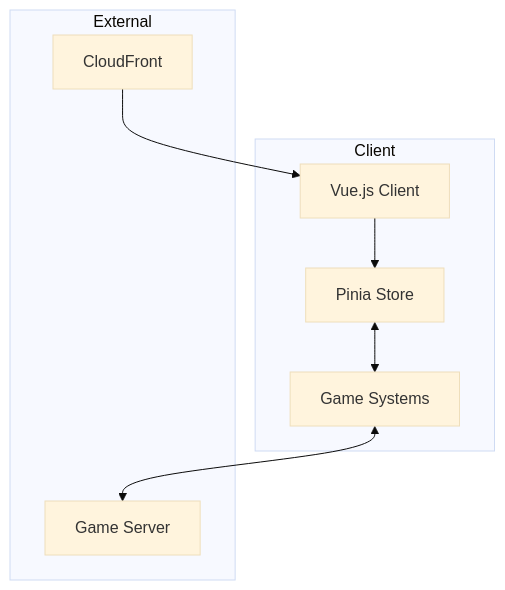
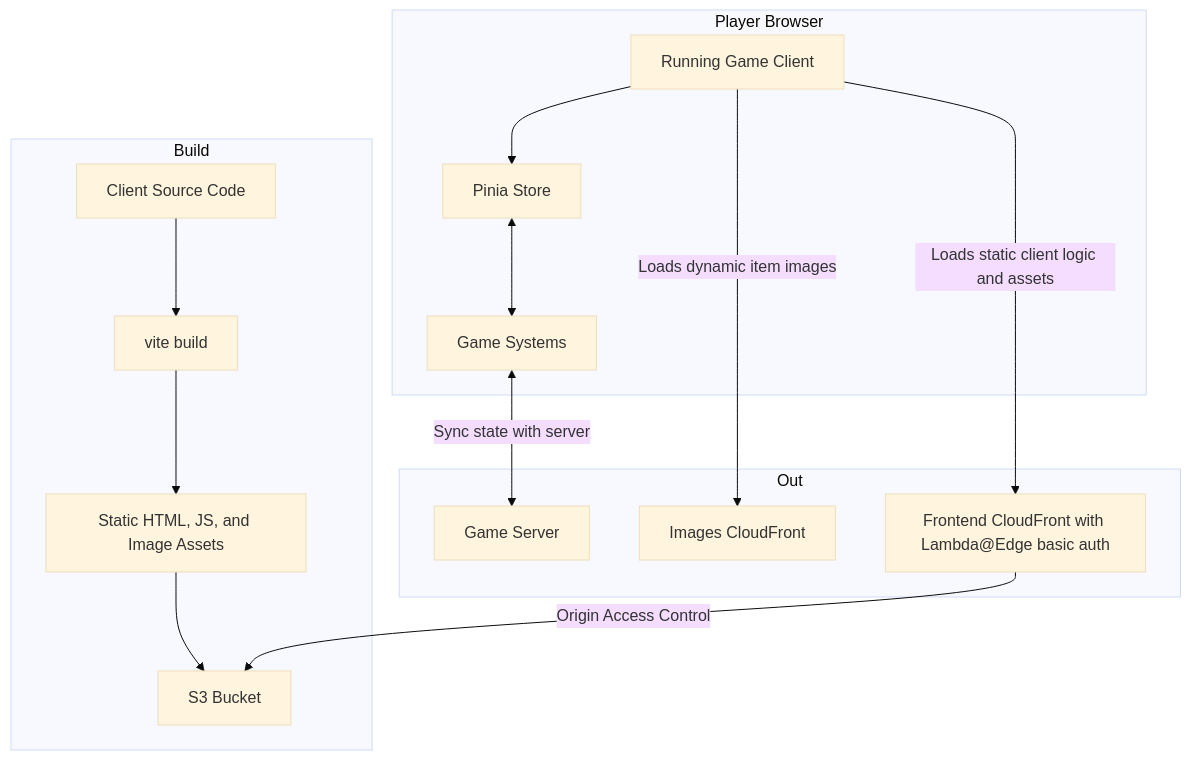
Before and after one commit to kirodotdev/spirit-of-kiro: the second of 4 diagrams in docs/appsec-overview.md, drawn with Mermaid (base theme). The commit also changed other lines of this file and 7 other files, not shown here.

````diff
--- a/docs/appsec-overview.md
+++ b/docs/appsec-overview.md
@@ -12,18 +14,29 @@
 ```mermaid
 graph TB
-    subgraph Client
-        UI[Vue.js Client]
+    subgraph Player Browser
+        UI[Running Game Client]
         Store[Pinia Store]
         Systems[Game Systems]
         UI --> Store
         Store <--> Systems
+        
     end
 
-    subgraph External
+    subgraph Out
         WS[Game Server]
-        CDN[CloudFront]
+        ImageDist[Images CloudFront]
+        FrontendDist[Frontend CloudFront with Lambda@Edge basic auth]
     end
 
-    Systems <--> WS
-    CDN --> UI
+    subgraph Build
+       Repo[Client Source Code]
+       viteBuild[vite build]
+       static[Static HTML, JS, and Image Assets]
+       S3[S3 Bucket]
+       Repo --> viteBuild --> static --> S3
+    end
+
+    Systems <-->|Sync state with server|WS
+    UI -->|Loads dynamic item images|ImageDist
+    UI -->|Loads static client logic and assets|FrontendDist -->|Origin Access Control|S3
 ```
````
